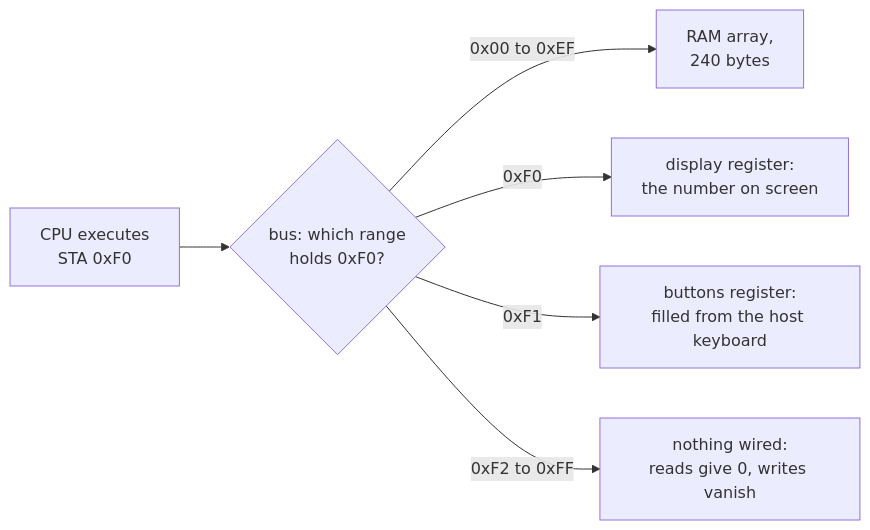
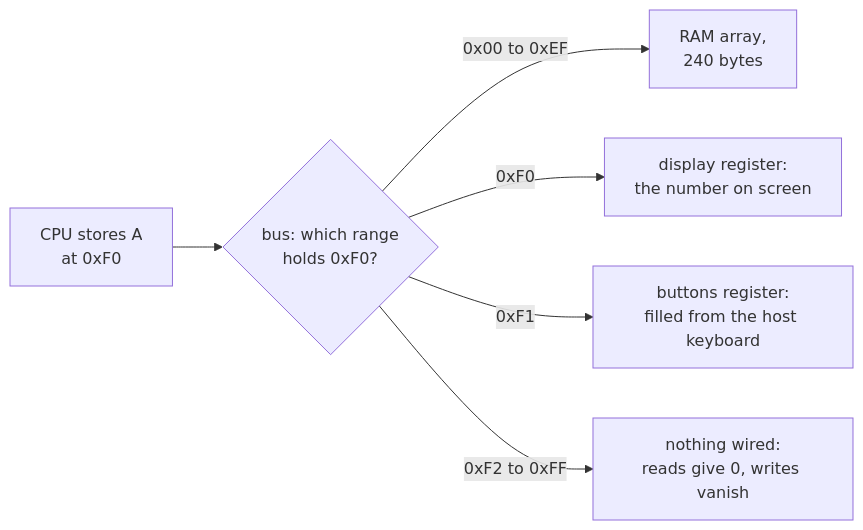
One commit to MustCodeAl/rust-game-hacking-book changed the second of 2 diagrams in site/src/content/docs/pages/14/06.mdx. Above: the diagram before and after it, drawn with Mermaid. The commit also changed other lines of this file and 23 other files, not shown here.

````diff
--- a/site/src/content/docs/pages/14/06.mdx
+++ b/site/src/content/docs/pages/14/06.mdx
@@ -295,8 +160,8 @@
 ```mermaid
 flowchart LR
-    CPU["CPU executes<br/>STA 0xF0"] --> BUS{"bus: which range<br/>holds 0xF0?"}
+    CPU["CPU stores A<br/>at 0xF0"] --> BUS{"bus: which range<br/>holds 0xF0?"}
     BUS -->|"0x00 to 0xEF"| RAM["RAM array,<br/>240 bytes"]
     BUS -->|"0xF0"| DISP["display register:<br/>the number on screen"]
     BUS -->|"0xF1"| BTN["buttons register:<br/>filled from the host keyboard"]
     BUS -->|"0xF2 to 0xFF"| NONE["nothing wired:<br/>reads give 0, writes vanish"]
 ```
````
